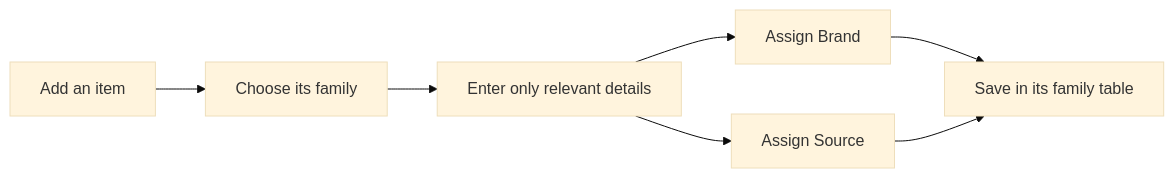
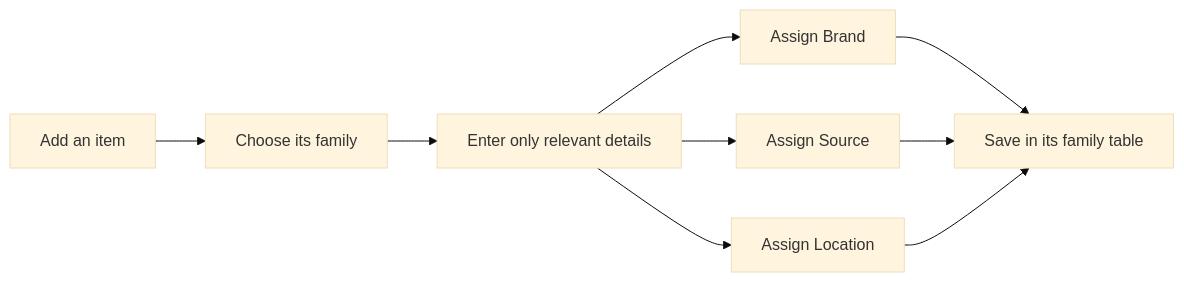
The first of 2 diagrams in docs/DOCUMENTATION.md (fneidel/cupboard), drawn with Mermaid (base theme) before and after one commit. The commit also changed other lines of this file and 13 other files, not shown here.

````diff
--- a/docs/DOCUMENTATION.md
+++ b/docs/DOCUMENTATION.md
@@ -11,9 +11,11 @@
 ```mermaid
 flowchart LR
     Item[Add an item] --> Family[Choose its family]
     Family --> Details[Enter only relevant details]
     Details --> Brand[Assign Brand]
     Details --> Source[Assign Source]
+    Details --> Location[Assign Location]
     Brand --> Saved[Save in its family table]
     Source --> Saved
+    Location --> Saved
 ```
````
